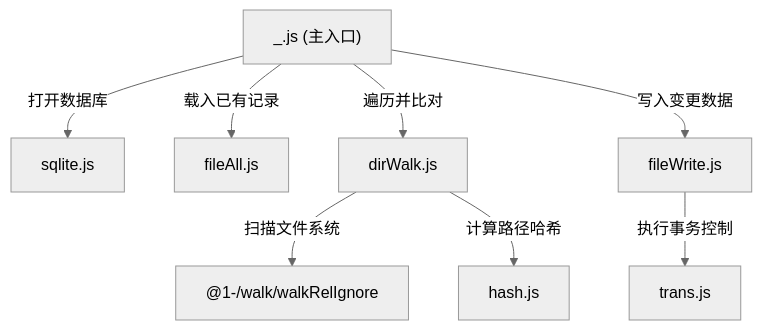
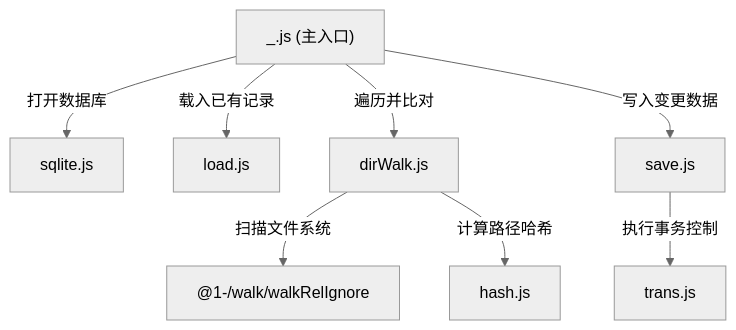
Before and after one commit to webc-site/npm: the diagram in scan/readme/zh/README.md, drawn with Mermaid (neutral theme). The commit also changed other lines of this file and 10 other files, not shown here.

Commit message:
refactor: migrate scan package from node:sqlite to bun:sqlite and rename fileAll/fileWrite to load/save 重构: 将 scan 包从 node:sqlite 迁移至 bun:sqlite 并重命名 fileAll/fileWrite 为 load/save

````diff
--- a/scan/readme/zh/README.md
+++ b/scan/readme/zh/README.md
@@ -30,10 +31,10 @@
 ```mermaid
 graph TD
     Entry["_.js (主入口)"] -->|打开数据库| Sqlite[sqlite.js]
-    Entry -->|载入已有记录| FileAll[fileAll.js]
+    Entry -->|载入已有记录| Load[load.js]
     Entry -->|遍历并比对| DirWalk[dirWalk.js]
     DirWalk -->|扫描文件系统| Walk["@1-/walk/walkRelIgnore"]
     DirWalk -->|计算路径哈希| Hash[hash.js]
-    Entry -->|写入变更数据| FileWrite[fileWrite.js]
-    FileWrite -->|执行事务控制| Trans[trans.js]
+    Entry -->|写入变更数据| Save[save.js]
+    Save -->|执行事务控制| Trans[trans.js]
 ```
````
